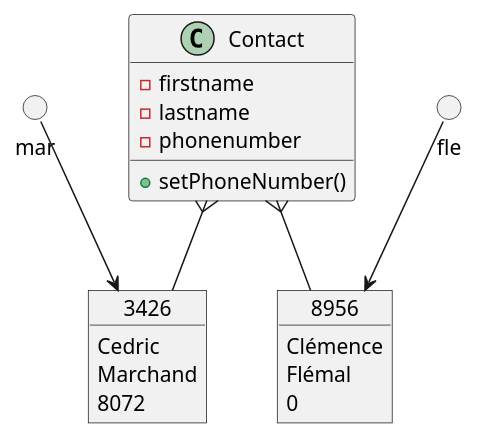
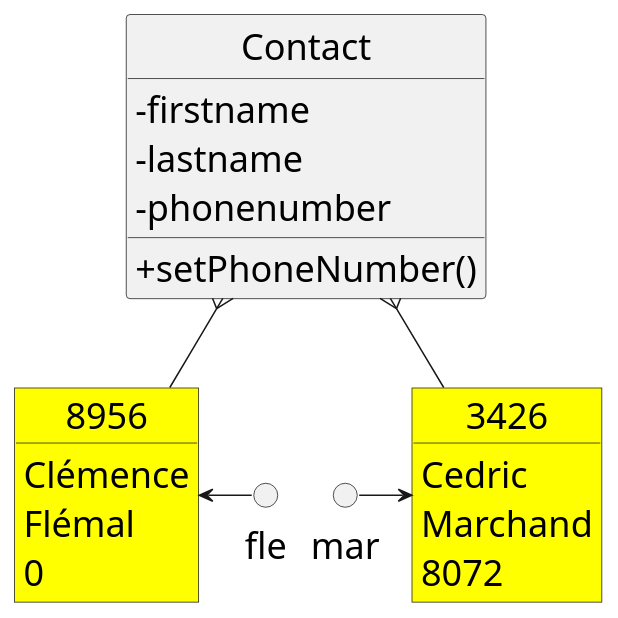
Before and after one commit to qlurkin/qlurkin.github.io: the third of 6 diagrams in docs/courses/poo/slides/deck1/index.md, drawn with PlantUML. The commit also changed other lines of this file and 4 other files, not shown here.

Commit message:
Fix diagrams

````diff
--- a/docs/courses/poo/slides/deck1/index.md
+++ b/docs/courses/poo/slides/deck1/index.md
@@ -188,33 +202,40 @@
 ```plantuml {.build}
 @startuml
+hide circle
+skinparam classAttributeIconSize 0
+skinparam object {
+BackgroundColor Yellow
+}
+skinparam defaultFontSize 24
+
 class Contact {
  -firstname
  -lastname
  -phonenumber
  +setPhoneNumber()
 }
 
 object 3426 {
   Cedric
   Marchand
   8072
 }
 
 object 8956 {
   Clémence
   Flémal
   0
 }
 
 
 circle mar
 circle fle
 
 Contact }-- 3426
 Contact }-- 8956
 
-mar --> 3426
-fle --> 8956
+mar -right-> 3426
+fle -left-> 8956
 
 @enduml
 ```
````
